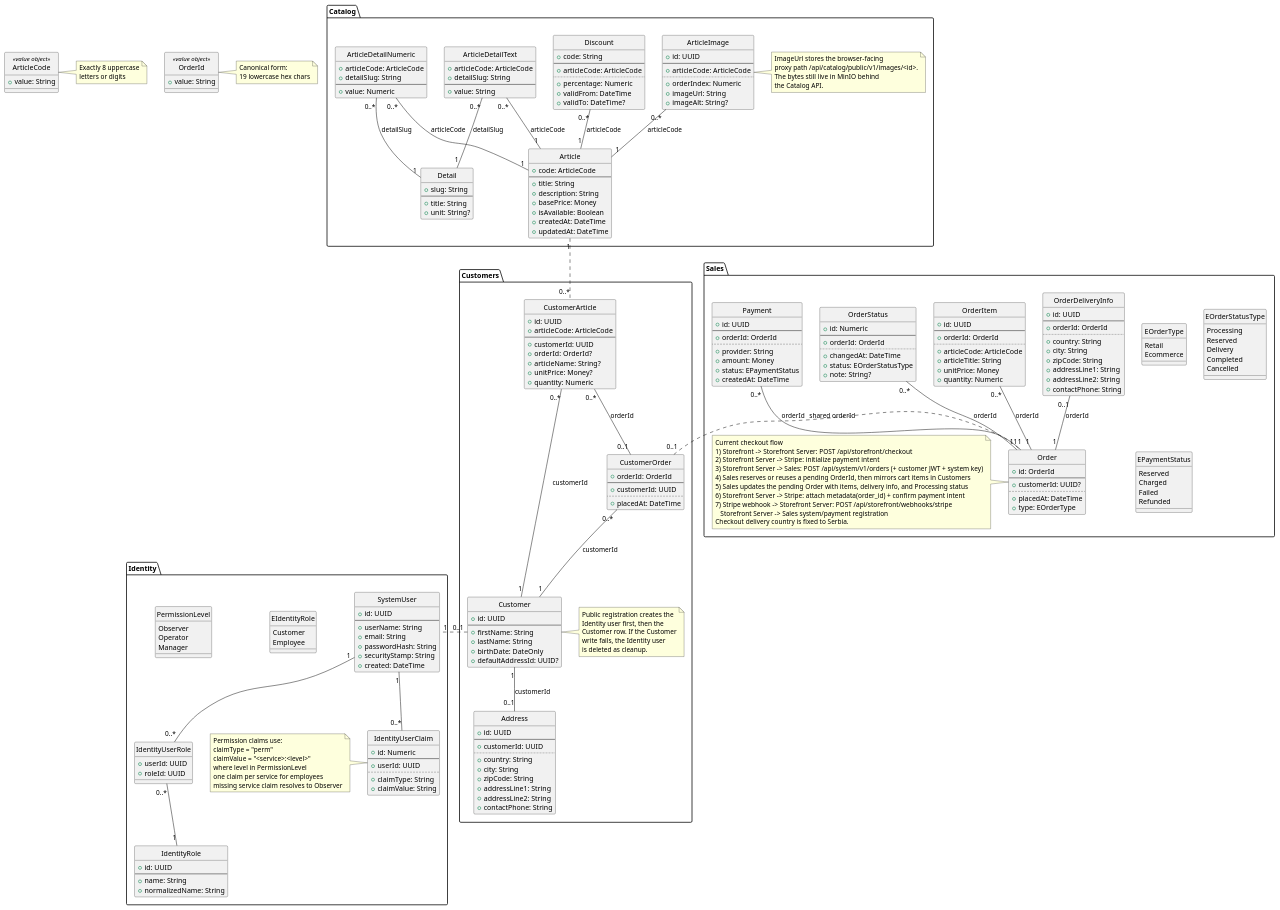
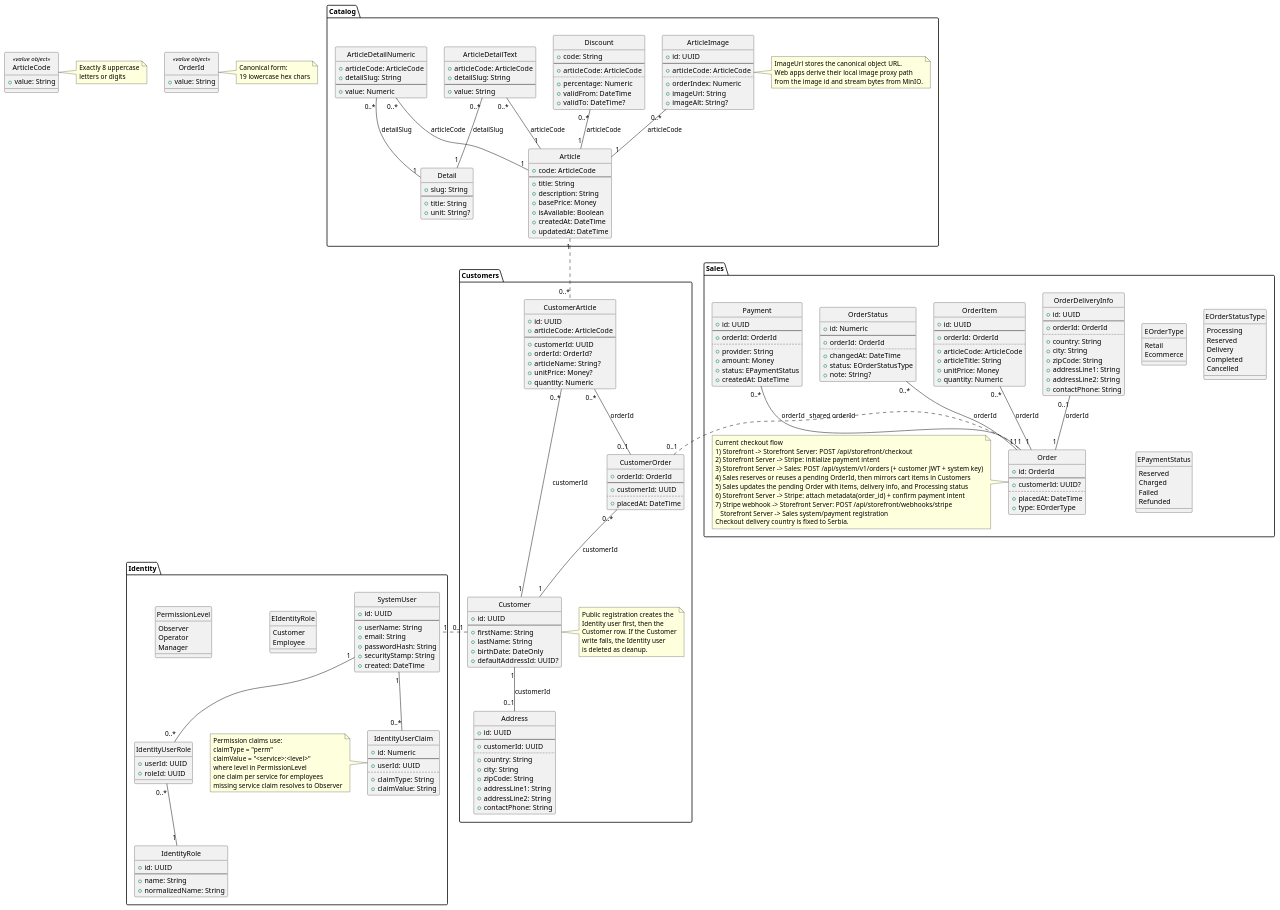
Before and after one commit to draganovik/matterway: the diagram in docs/HLD Platform - Class Diagram.puml, drawn with PlantUML. The commit also changed 21 other files, not shown here.

```diff
--- a/docs/HLD Platform - Class Diagram.puml
+++ b/docs/HLD Platform - Class Diagram.puml
@@ -131,10 +131,9 @@
   }
 
   note right of ArticleImage
-    ImageUrl stores the browser-facing
-    proxy path /api/catalog/public/v1/images/<id>.
-    The bytes still live in MinIO behind
-    the Catalog API.
+    ImageUrl stores the canonical object URL.
+    Web apps derive their local image proxy path
+    from the image id and stream bytes from MinIO.
   end note
 
   Discount "0..*" -- "1" Article : articleCode
```
